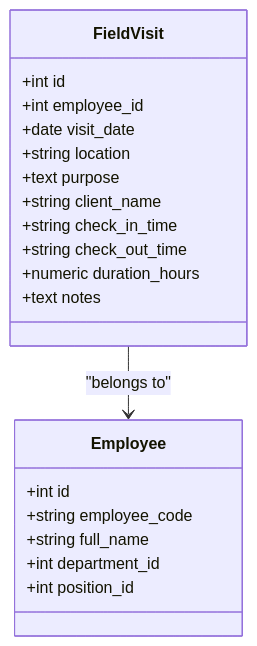
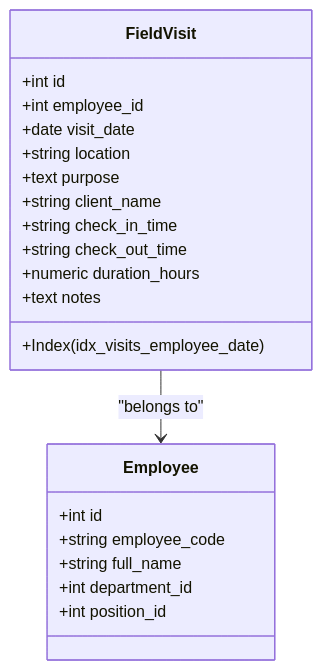
One commit to bikinaplikasipakeqoder-dot/payroll-hris changed the third of 9 diagrams in .qoder/repowiki/en/content/Field Visit Management.md. Above: the diagram before and after it, drawn with Mermaid. The commit also changed other lines of this file and 22 other files, not shown here.

````diff
--- a/.qoder/repowiki/en/content/Field Visit Management.md
+++ b/.qoder/repowiki/en/content/Field Visit Management.md
@@ -161,23 +200,24 @@
 ```mermaid
 classDiagram
 class FieldVisit {
 +int id
 +int employee_id
 +date visit_date
 +string location
 +text purpose
 +string client_name
 +string check_in_time
 +string check_out_time
 +numeric duration_hours
 +text notes
++Index(idx_visits_employee_date)
 }
 class Employee {
 +int id
 +string employee_code
 +string full_name
 +int department_id
 +int position_id
 }
 FieldVisit --> Employee : "belongs to"
 ```
````
